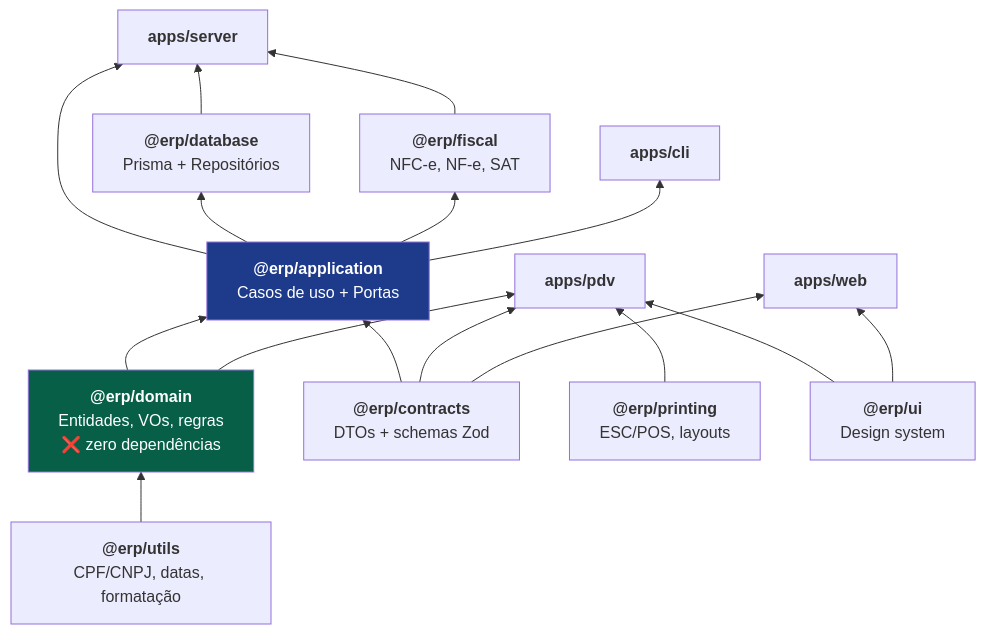
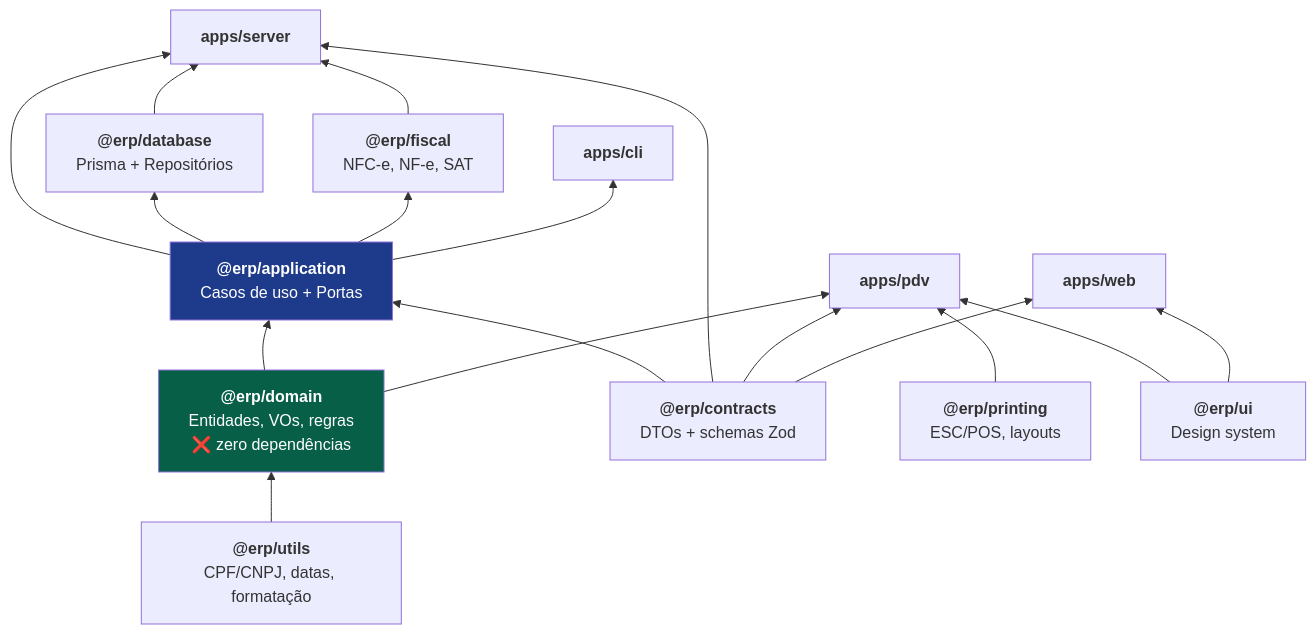
The sixth of 17 diagrams in docs/ARQUITETURA.md (brilhatex-dotcom/erp-pdv), drawn with Mermaid before and after one commit. The commit also changed other lines of this file and 65 other files, not shown here.

````diff
--- a/docs/ARQUITETURA.md
+++ b/docs/ARQUITETURA.md
@@ -432,35 +434,36 @@
 ```mermaid
 graph BT
     DOMAIN["<b>@erp/domain</b><br/>Entidades, VOs, regras<br/>❌ zero dependências"]
     CONTRACTS["<b>@erp/contracts</b><br/>DTOs + schemas Zod"]
     APP["<b>@erp/application</b><br/>Casos de uso + Portas"]
     DB["<b>@erp/database</b><br/>Prisma + Repositórios"]
     FISCAL["<b>@erp/fiscal</b><br/>NFC-e, NF-e, SAT"]
     PRINT["<b>@erp/printing</b><br/>ESC/POS, layouts"]
     UI["<b>@erp/ui</b><br/>Design system"]
     UTILS["<b>@erp/utils</b><br/>CPF/CNPJ, datas, formatação"]
 
     SERVER["<b>apps/server</b>"]
     PDV["<b>apps/pdv</b>"]
     WEB["<b>apps/web</b>"]
     CLI["<b>apps/cli</b>"]
 
     DOMAIN --> APP
     UTILS --> DOMAIN
     CONTRACTS --> APP
+    CONTRACTS --> SERVER
     APP --> SERVER
     DB --> SERVER
     FISCAL --> SERVER
     APP --> DB
     APP --> FISCAL
     CONTRACTS --> PDV
     CONTRACTS --> WEB
     UI --> PDV
     UI --> WEB
     PRINT --> PDV
     DOMAIN --> PDV
     APP --> CLI
 
     style DOMAIN fill:#065f46,color:#fff
     style APP fill:#1e3a8a,color:#fff
 ```
````
